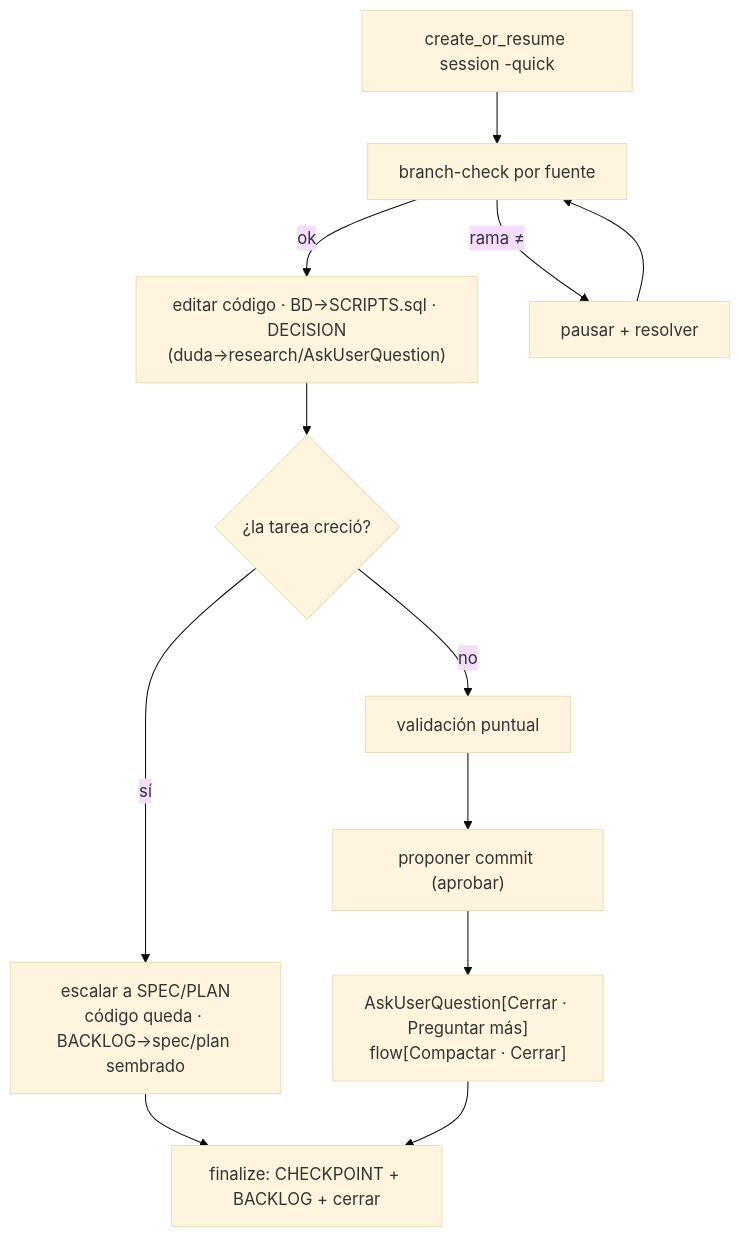
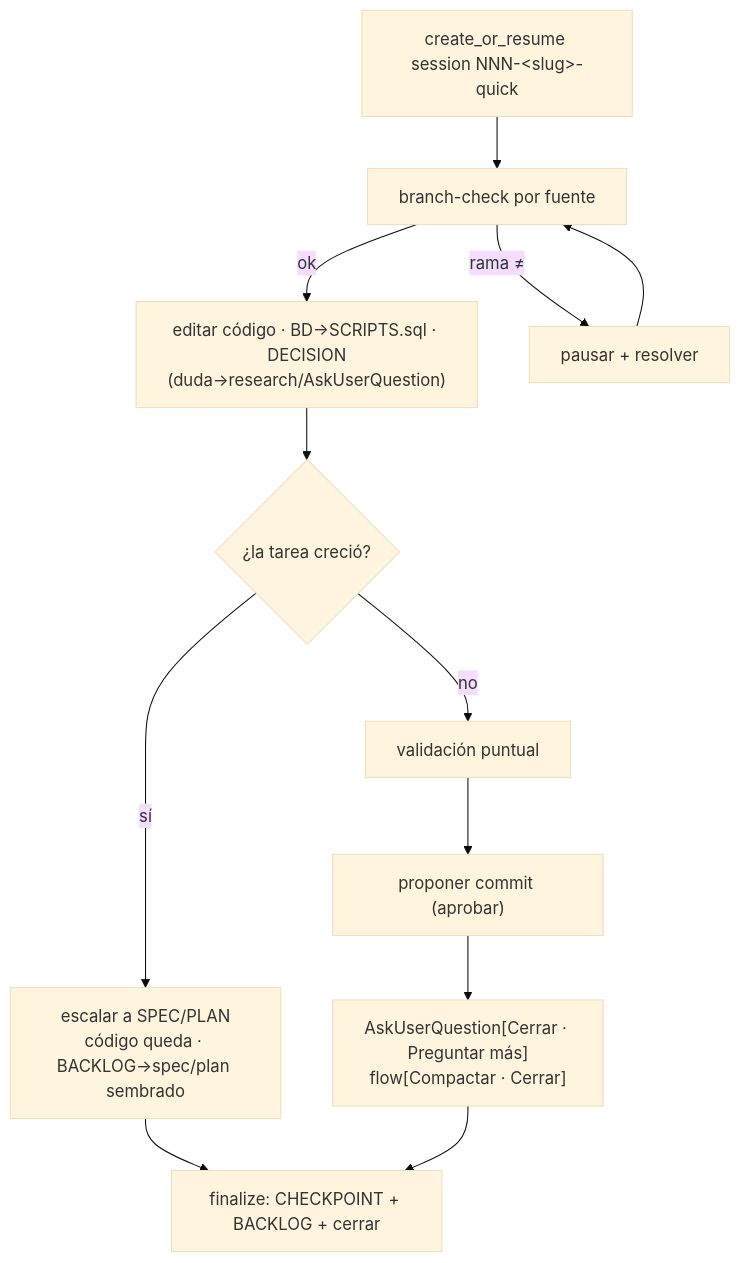
The diagram in skills/w/loops/quick-loop/SKILL.md (Tacuchi/agent-workflow-cli), drawn with Mermaid (base theme) before and after one commit. The commit also changed other lines of this file and 15 other files, not shown here.

````diff
--- a/skills/w/loops/quick-loop/SKILL.md
+++ b/skills/w/loops/quick-loop/SKILL.md
@@ -83,14 +83,14 @@
 ```mermaid
 flowchart TD
-    S["create_or_resume session <slug>-quick"] --> G["branch-check por fuente"]
+    S["create_or_resume session NNN-&lt;slug&gt;-quick"] --> G["branch-check por fuente"]
     G -->|ok| DO["editar código · BD→SCRIPTS.sql · DECISION<br/>(duda→research/AskUserQuestion)"]
     G -->|rama ≠| PA["pausar + resolver"]
     PA --> G
     DO --> GROW{"¿la tarea creció?"}
     GROW -->|sí| ESC["escalar a SPEC/PLAN<br/>código queda · BACKLOG→spec/plan sembrado"]
     ESC --> FIN
     GROW -->|no| V["validación puntual"]
     V --> CM["proponer commit (aprobar)"]
     CM --> Q["AskUserQuestion[Cerrar · Preguntar más]<br/>flow[Compactar · Cerrar]"]
     Q --> FIN["finalize: CHECKPOINT + BACKLOG + cerrar"]
 ```
````
